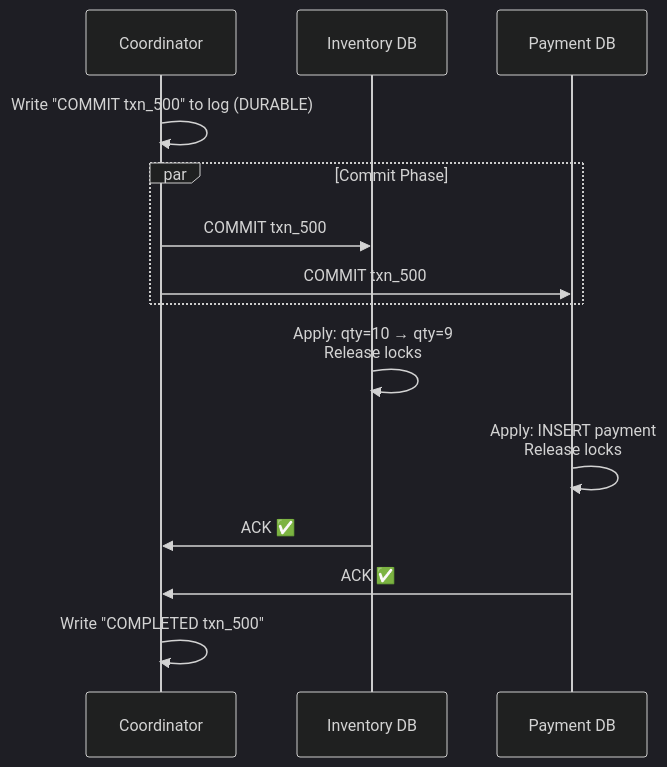
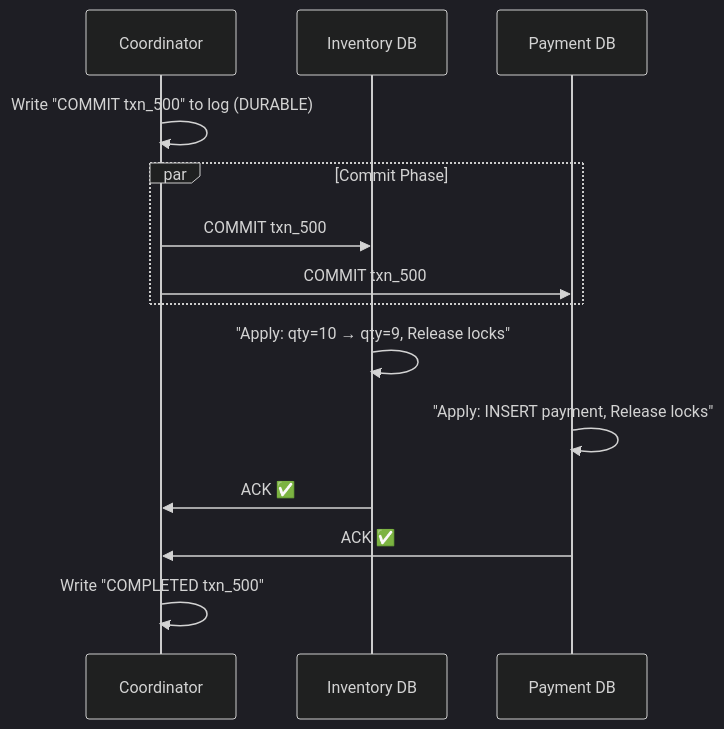
One commit to Anmol33/SystemDesign changed the seventh of 10 diagrams in Coordination/05_Two_Phase_Commit.md. Above: the diagram before and after it, drawn with Mermaid (dark theme). The commit also changed other lines of this file and 6 other files, not shown here.

First line of the commit message:
docs: fix Mermaid diagram syntax in coordination documents

````diff
--- a/Coordination/05_Two_Phase_Commit.md
+++ b/Coordination/05_Two_Phase_Commit.md
@@ -394,21 +394,21 @@
 ```mermaid
 sequenceDiagram
     participant Coord as Coordinator
     participant Inv as Inventory DB
     participant Pay as Payment DB
     
     Coord->>Coord: Write "COMMIT txn_500" to log (DURABLE)
     
     par Commit Phase
         Coord->>Inv: COMMIT txn_500
         Coord->>Pay: COMMIT txn_500
     end
     
-    Inv->>Inv: Apply: qty=10 → qty=9<br/>Release locks
-    Pay->>Pay: Apply: INSERT payment<br/>Release locks
+    Inv->>Inv: "Apply: qty=10 → qty=9, Release locks"
+    Pay->>Pay: "Apply: INSERT payment, Release locks"
     
     Inv->>Coord: ACK ✅
     Pay->>Coord: ACK ✅
     
     Coord->>Coord: Write "COMPLETED txn_500"
 ```
````
